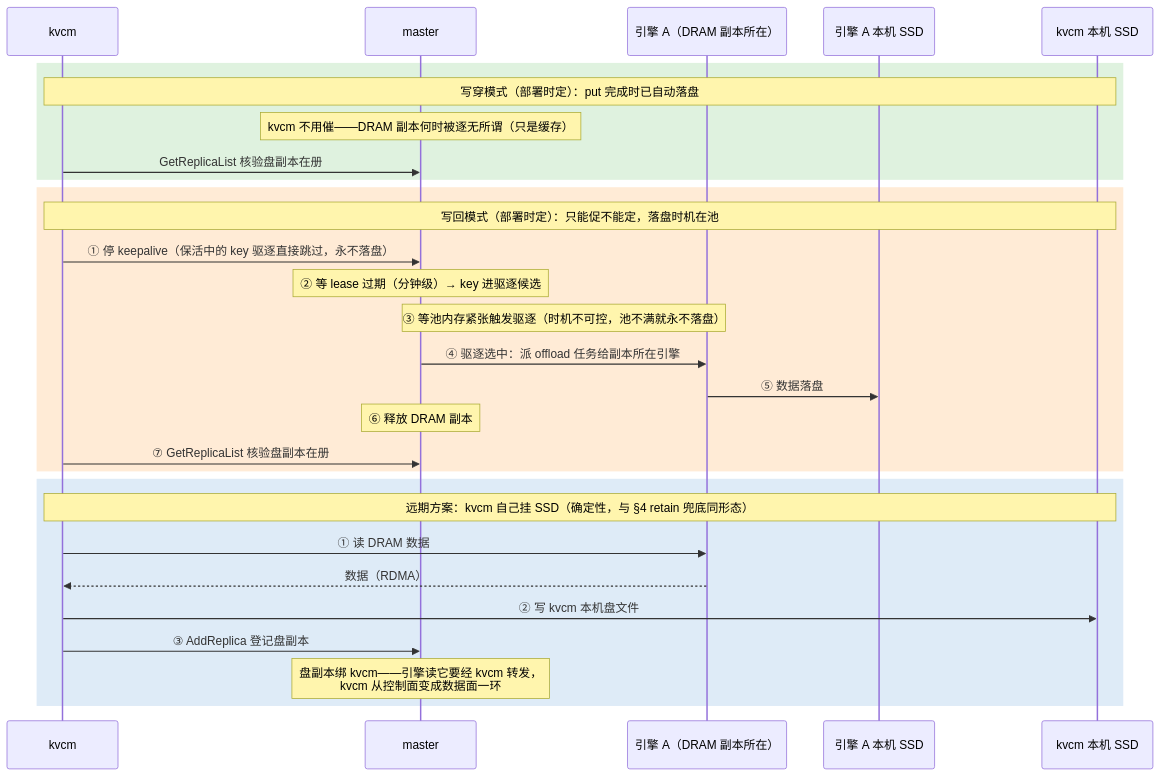
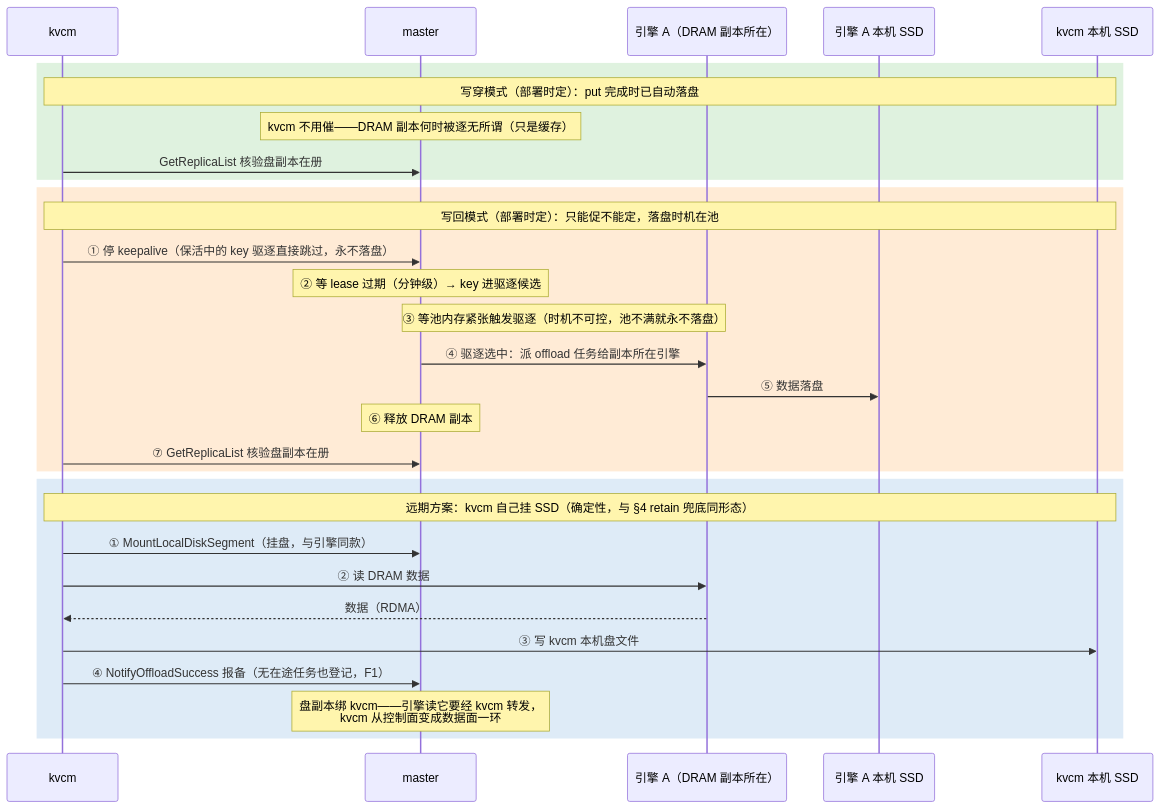
One commit to 5x8-40/lake changed the sixth of 10 diagrams in kvcm/D2-kv-operations.md. Above: the diagram before and after it, drawn with Mermaid. The commit also changed other lines of this file and 1 other file, not shown here.

First line of the commit message:
docs(kvcm): 八项操作机制查缺补漏——池机制利用面全量核实

````diff
--- a/kvcm/D2-kv-operations.md
+++ b/kvcm/D2-kv-operations.md
@@ -455,34 +459,35 @@
 ```mermaid
 sequenceDiagram
     participant K as kvcm
     participant M as master
     participant E as 引擎 A（DRAM 副本所在）
     participant ES as 引擎 A 本机 SSD
     participant KS as kvcm 本机 SSD
 
     rect rgb(223, 242, 223)
     Note over K,KS: 写穿模式（部署时定）：put 完成时已自动落盘
     Note over M: kvcm 不用催——DRAM 副本何时被逐无所谓（只是缓存）
     K->>M: GetReplicaList 核验盘副本在册
     end
 
     rect rgb(255, 235, 214)
     Note over K,KS: 写回模式（部署时定）：只能促不能定，落盘时机在池
     K->>M: ① 停 keepalive（保活中的 key 驱逐直接跳过，永不落盘）
     Note over M: ② 等 lease 过期（分钟级）→ key 进驱逐候选
     Note over M,E: ③ 等池内存紧张触发驱逐（时机不可控，池不满就永不落盘）
     M->>E: ④ 驱逐选中：派 offload 任务给副本所在引擎
     E->>ES: ⑤ 数据落盘
     Note over M: ⑥ 释放 DRAM 副本
     K->>M: ⑦ GetReplicaList 核验盘副本在册
     end
 
     rect rgb(222, 235, 247)
     Note over K,KS: 远期方案：kvcm 自己挂 SSD（确定性，与 §4 retain 兜底同形态）
-    K->>E: ① 读 DRAM 数据
+    K->>M: ① MountLocalDiskSegment（挂盘，与引擎同款）
+    K->>E: ② 读 DRAM 数据
     E-->>K: 数据（RDMA）
-    K->>KS: ② 写 kvcm 本机盘文件
-    K->>M: ③ AddReplica 登记盘副本
+    K->>KS: ③ 写 kvcm 本机盘文件
+    K->>M: ④ NotifyOffloadSuccess 报备（无在途任务也登记，F1）
     Note over M: 盘副本绑 kvcm——引擎读它要经 kvcm 转发，<br/>kvcm 从控制面变成数据面一环
     end
 ```
````
